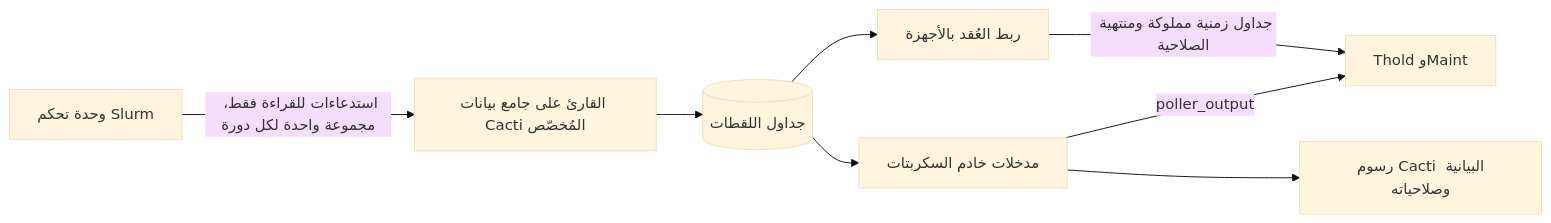
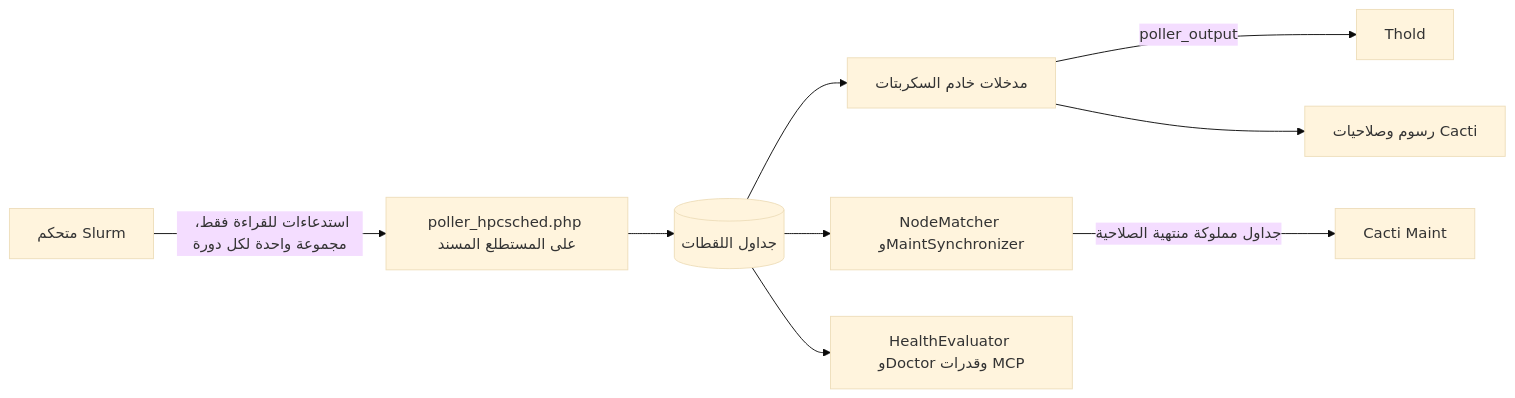
The diagram in docs/i18n/ar-EG/README.md (somethingwithproof/plugin_hpcsched), drawn with Mermaid (base theme) before and after one commit. The commit also changed other lines of this file and 48 other files, not shown here.

````diff
--- a/docs/i18n/ar-EG/README.md
+++ b/docs/i18n/ar-EG/README.md
@@ -99,10 +163,11 @@
 ```mermaid
 flowchart LR
-    S["وحدة تحكم Slurm"] -->|استدعاءات للقراءة فقط، مجموعة واحدة لكل دورة| R["القارئ على جامع بيانات Cacti المُخصّص"]
-    R --> SNAP[("جداول اللقطات")]
-    SNAP --> SS["مدخلات خادم السكربتات"]
-    SS -->|poller_output| T["Thold وMaint"]
-    SS --> G["رسوم Cacti البيانية وصلاحياته"]
-    SNAP --> MAP["ربط العُقد بالأجهزة"]
-    MAP -->|جداول زمنية مملوكة ومنتهية الصلاحية| T
+    S[متحكم Slurm] -->|استدعاءات للقراءة فقط، مجموعة واحدة لكل دورة| R[poller_hpcsched.php على المستطلع المسند]
+    R --> SNAP[(جداول اللقطات)]
+    SNAP --> SS[مدخلات خادم السكربتات]
+    SS -->|poller_output| T[Thold]
+    SS --> G[رسوم وصلاحيات Cacti]
+    SNAP --> MAP[NodeMatcher وMaintSynchronizer]
+    MAP -->|جداول مملوكة منتهية الصلاحية| M[Cacti Maint]
+    SNAP --> H[HealthEvaluator وDoctor وقدرات MCP]
 ```
````
